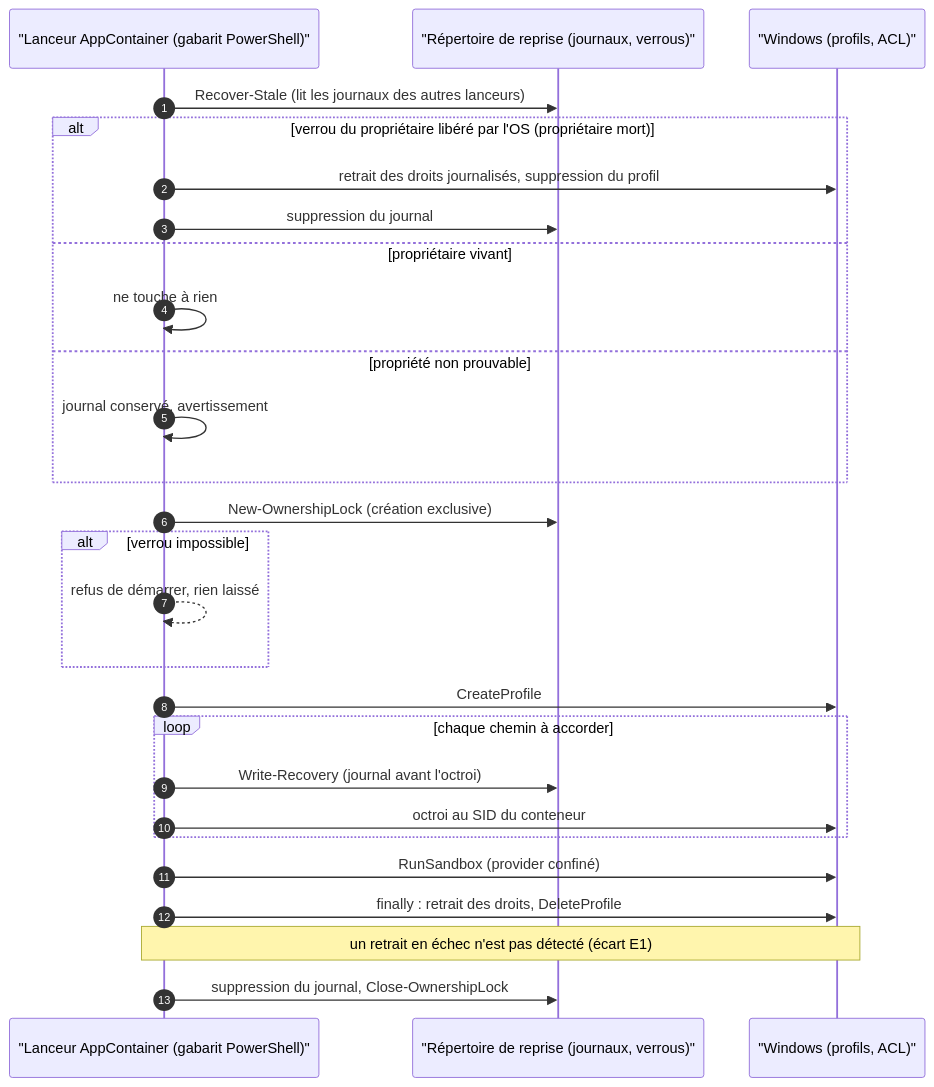
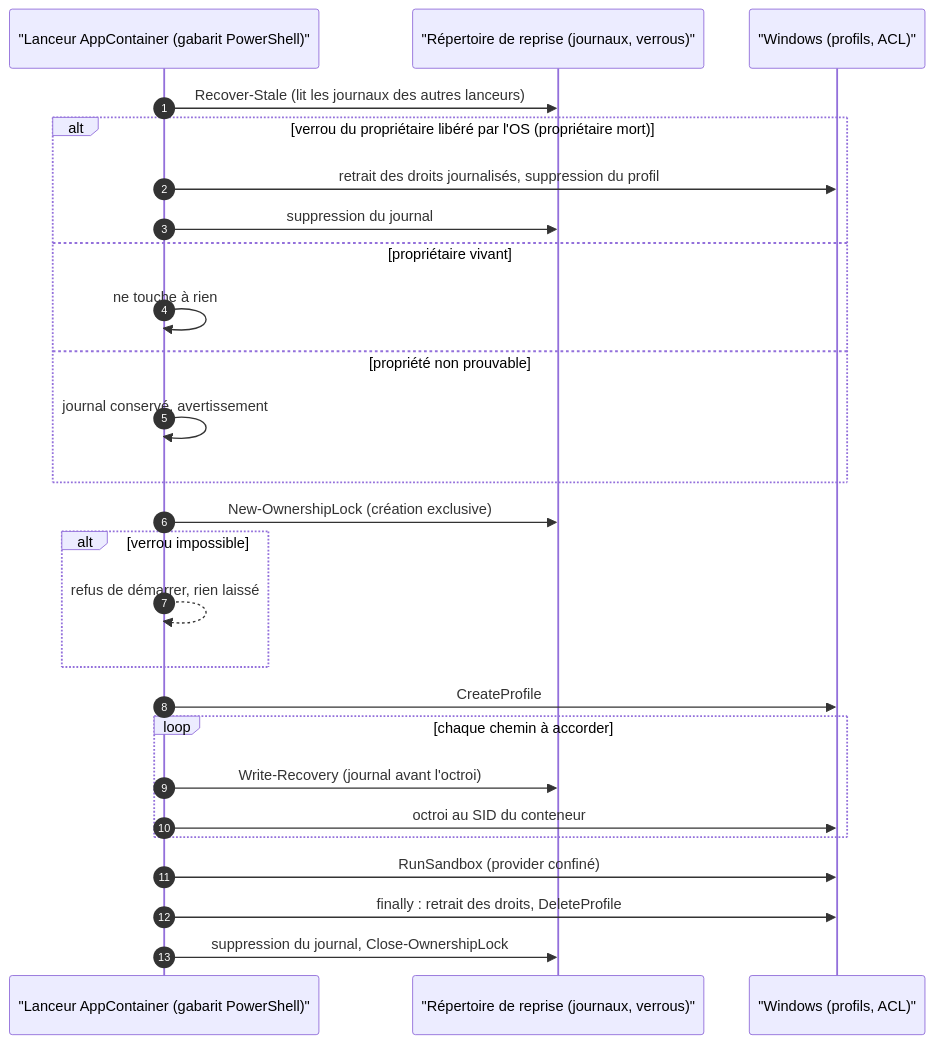
The second of 2 diagrams in docs/architecture/diagrams/capacites/confinement-code-non-fiable.md (FTurleque/minos-code-intelligence), drawn with Mermaid before and after one commit. The commit also changed other lines of this file and 1 other file, not shown here.

First line of the commit message:
docs(architecture): ne publier que la référence de l'écart de sécurité E1 du confinement

````diff
--- a/docs/architecture/diagrams/capacites/confinement-code-non-fiable.md
+++ b/docs/architecture/diagrams/capacites/confinement-code-non-fiable.md
@@ -56,29 +56,28 @@
 ```mermaid
 sequenceDiagram
   autonumber
   participant L as "Lanceur AppContainer (gabarit PowerShell)"
   participant R as "Répertoire de reprise (journaux, verrous)"
   participant OS as "Windows (profils, ACL)"
   L->>R: Recover-Stale (lit les journaux des autres lanceurs)
   alt verrou du propriétaire libéré par l'OS (propriétaire mort)
     L->>OS: retrait des droits journalisés, suppression du profil
     L->>R: suppression du journal
   else propriétaire vivant
     L->>L: ne touche à rien
   else propriété non prouvable
     L->>L: journal conservé, avertissement
   end
   L->>R: New-OwnershipLock (création exclusive)
   alt verrou impossible
     L-->>L: refus de démarrer, rien laissé
   end
   L->>OS: CreateProfile
   loop chaque chemin à accorder
     L->>R: Write-Recovery (journal avant l'octroi)
     L->>OS: octroi au SID du conteneur
   end
   L->>OS: RunSandbox (provider confiné)
   L->>OS: finally : retrait des droits, DeleteProfile
-  Note over L,OS: un retrait en échec n'est pas détecté (écart E1)
   L->>R: suppression du journal, Close-OwnershipLock
 ```
````
